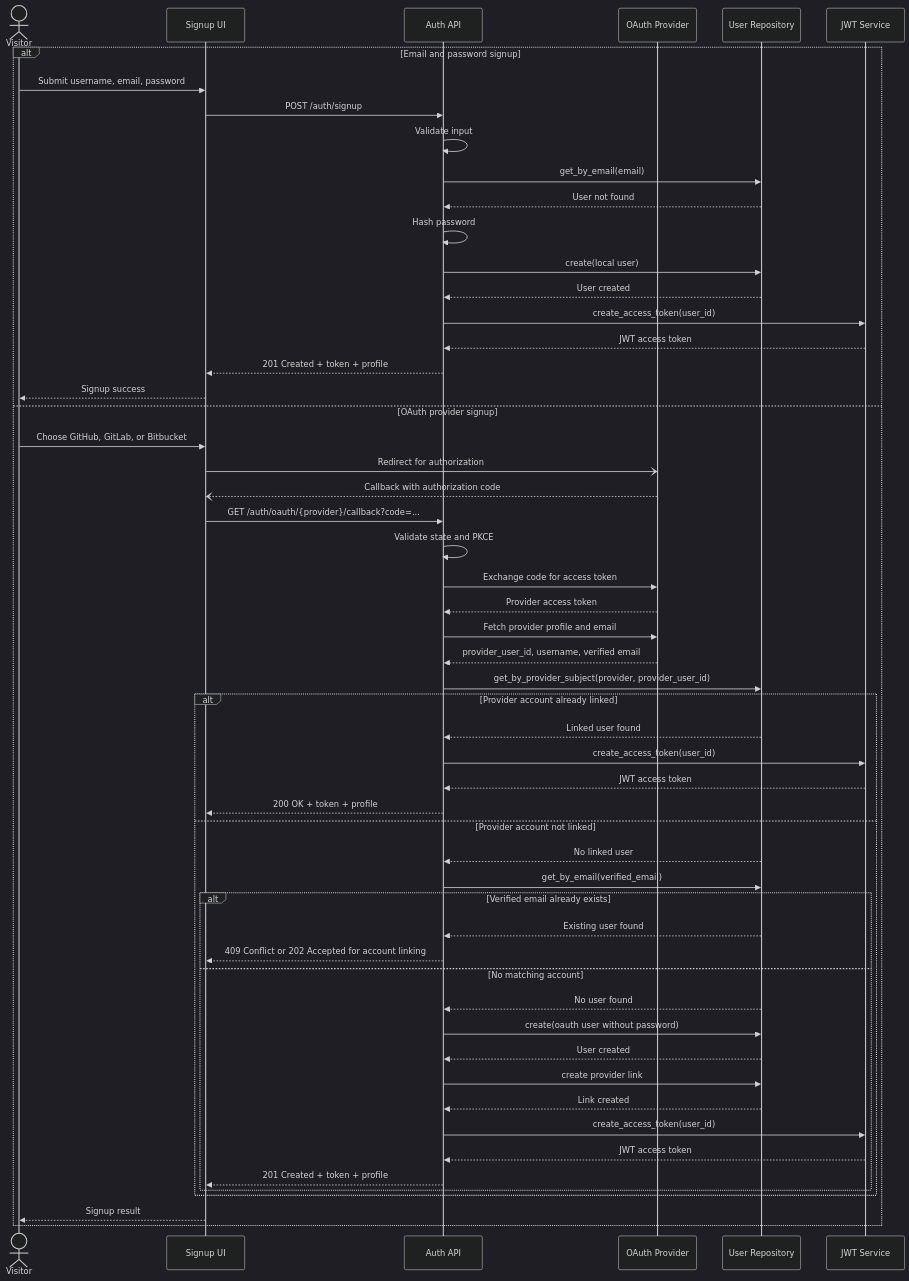
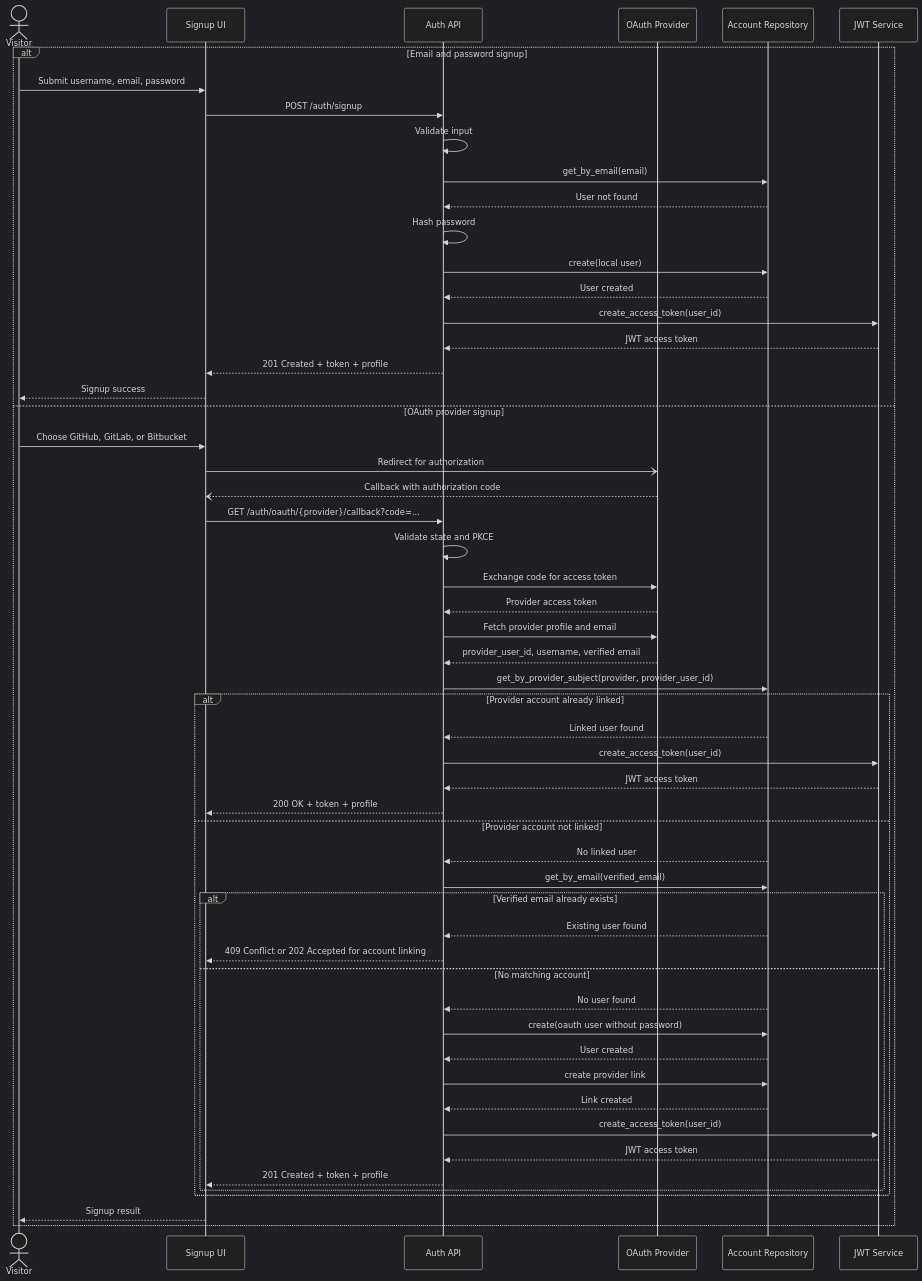
Before and after one commit to dev-clement/Open-Source-Software-Network: the diagram in backend/mod-architectures/auth/signup/sequence-diagram.md, drawn with Mermaid (dark theme).

````diff
--- a/backend/mod-architectures/auth/signup/sequence-diagram.md
+++ b/backend/mod-architectures/auth/signup/sequence-diagram.md
@@ -8,58 +8,58 @@
 ```mermaid
 sequenceDiagram
     actor Visitor
     participant Client as Signup UI
     participant Auth as Auth API
     participant Provider as OAuth Provider
-    participant Repo as User Repository
+    participant Repo as Account Repository
     participant Token as JWT Service
 
     alt Email and password signup
         Visitor->>Client: Submit username, email, password
         Client->>Auth: POST /auth/signup
         Auth->>Auth: Validate input
         Auth->>Repo: get_by_email(email)
         Repo-->>Auth: User not found
         Auth->>Auth: Hash password
         Auth->>Repo: create(local user)
         Repo-->>Auth: User created
         Auth->>Token: create_access_token(user_id)
         Token-->>Auth: JWT access token
         Auth-->>Client: 201 Created + token + profile
         Client-->>Visitor: Signup success
     else OAuth provider signup
         Visitor->>Client: Choose GitHub, GitLab, or Bitbucket
         Client-)Provider: Redirect for authorization
         Provider--)Client: Callback with authorization code
         Client->>Auth: GET /auth/oauth/{provider}/callback?code=...
         Auth->>Auth: Validate state and PKCE
         Auth->>Provider: Exchange code for access token
         Provider-->>Auth: Provider access token
         Auth->>Provider: Fetch provider profile and email
         Provider-->>Auth: provider_user_id, username, verified email
         Auth->>Repo: get_by_provider_subject(provider, provider_user_id)
         alt Provider account already linked
             Repo-->>Auth: Linked user found
             Auth->>Token: create_access_token(user_id)
             Token-->>Auth: JWT access token
             Auth-->>Client: 200 OK + token + profile
         else Provider account not linked
             Repo-->>Auth: No linked user
             Auth->>Repo: get_by_email(verified_email)
             alt Verified email already exists
                 Repo-->>Auth: Existing user found
                 Auth-->>Client: 409 Conflict or 202 Accepted for account linking
             else No matching account
                 Repo-->>Auth: No user found
                 Auth->>Repo: create(oauth user without password)
                 Repo-->>Auth: User created
                 Auth->>Repo: create provider link
                 Repo-->>Auth: Link created
                 Auth->>Token: create_access_token(user_id)
                 Token-->>Auth: JWT access token
                 Auth-->>Client: 201 Created + token + profile
             end
         end
         Client-->>Visitor: Signup result
     end
 ```
````
